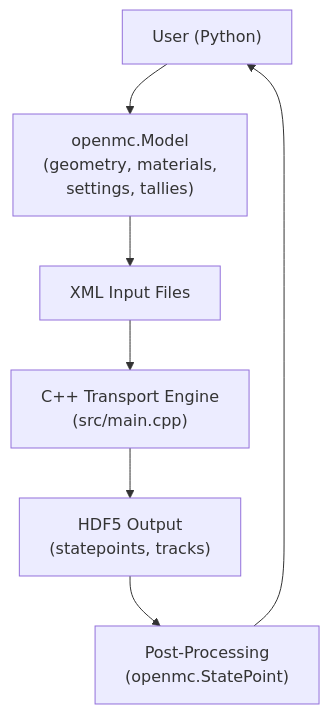
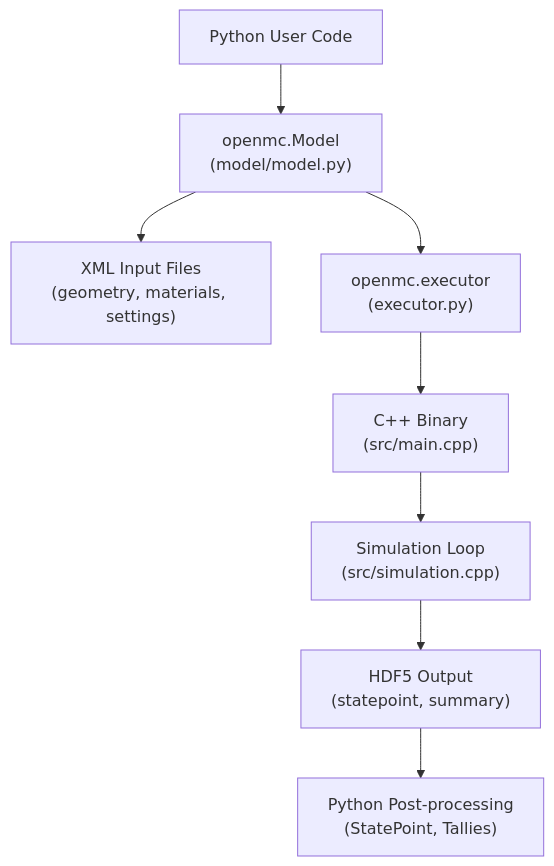
Before and after one commit to augment-solutions/deep-wikis: the first of 11 diagrams in src/content/wikis/openmc-dev-openmc/index.mdx, drawn with Mermaid. The commit also changed other lines of this file, not shown here.

Commit message:
deep-wiki: update openmc-dev-openmc

````diff
--- a/src/content/wikis/openmc-dev-openmc/index.mdx
+++ b/src/content/wikis/openmc-dev-openmc/index.mdx
@@ -30,16 +40,19 @@
 ```mermaid
 flowchart TD
-    user["User (Python)"]
-    model["openmc.Model\n(geometry, materials,\nsettings, tallies)"]
-    xml["XML Input Files"]
-    cpp_core["C++ Transport Engine\n(src/main.cpp)"]
-    hdf5_out["HDF5 Output\n(statepoints, tracks)"]
-    post["Post-Processing\n(openmc.StatePoint)"]
+    user["Python User Code"]
+    model["openmc.Model\n(model/model.py)"]
+    xml["XML Input Files\n(geometry, materials, settings)"]
+    executor["openmc.executor\n(executor.py)"]
+    binary["C++ Binary\n(src/main.cpp)"]
+    sim["Simulation Loop\n(src/simulation.cpp)"]
+    hdf5["HDF5 Output\n(statepoint, summary)"]
+    post["Python Post-processing\n(StatePoint, Tallies)"]
 
     user --> model
     model --> xml
-    xml --> cpp_core
-    cpp_core --> hdf5_out
-    hdf5_out --> post
-    post --> user
+    model --> executor
+    executor --> binary
+    binary --> sim
+    sim --> hdf5
+    hdf5 --> post
 ```
````
